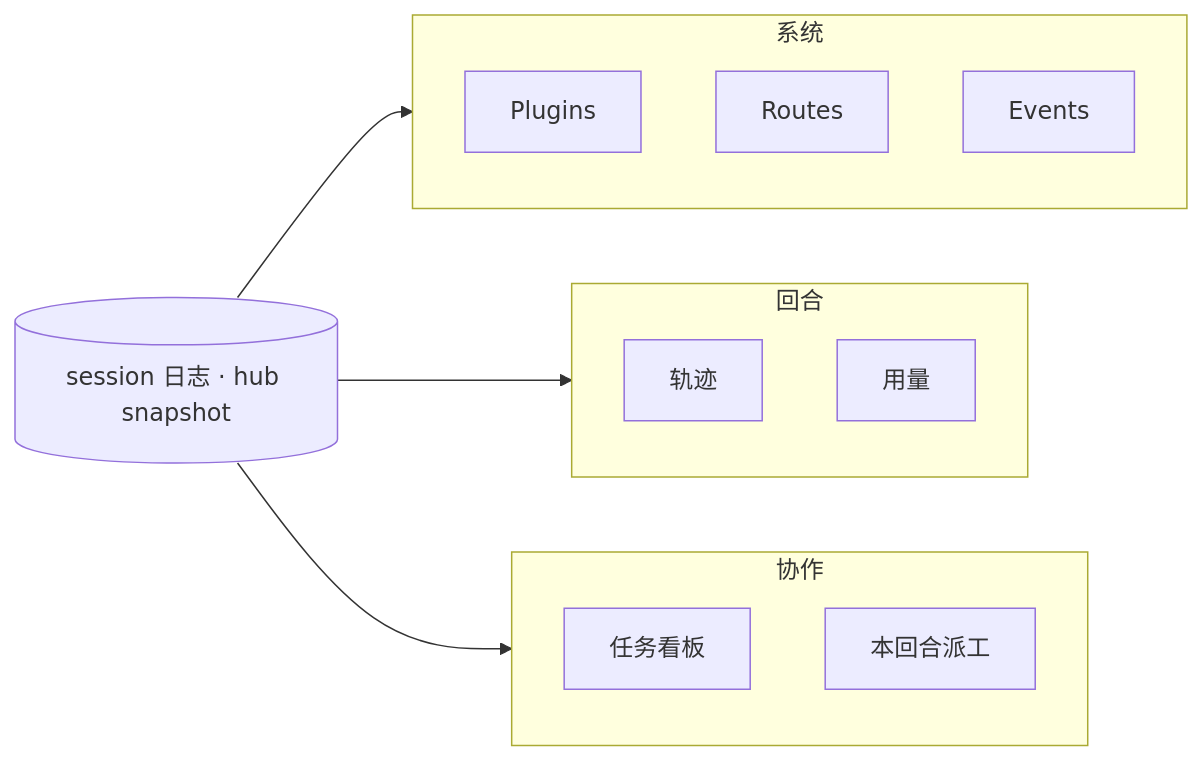
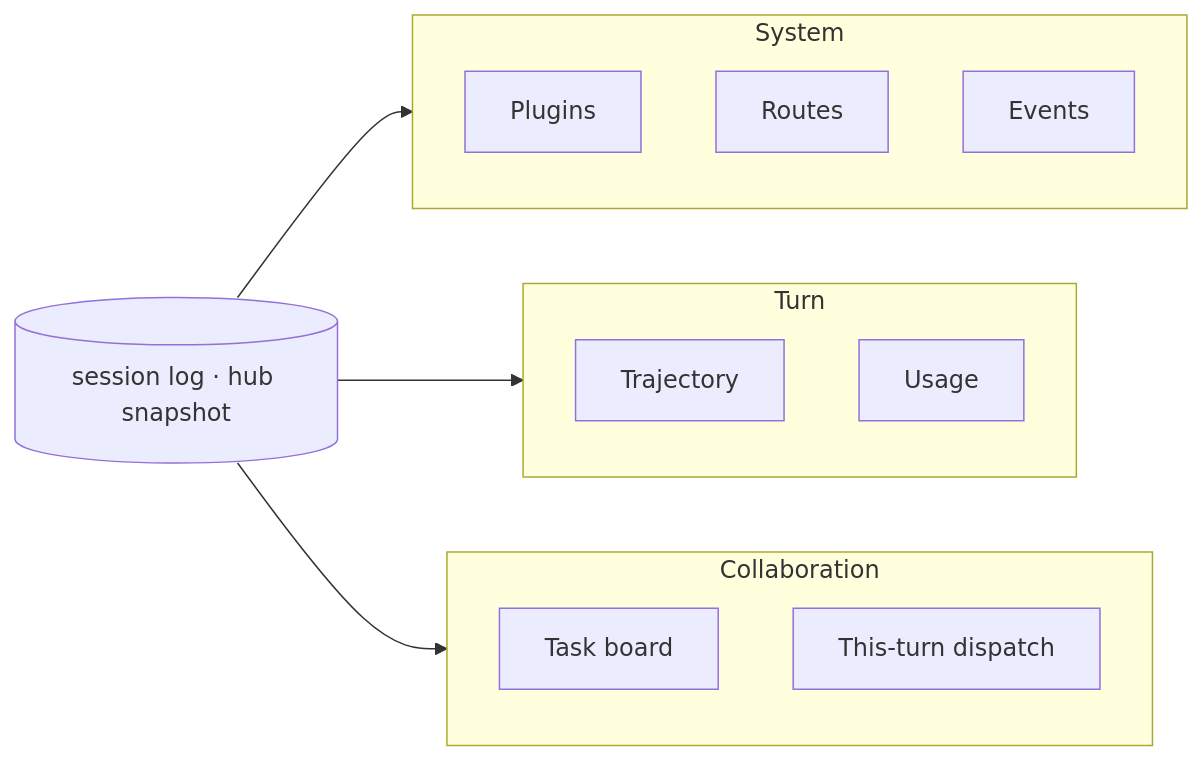
Before and after one commit to helloooooooooooooo97/biu-harness: the second of 3 diagrams in README.md, drawn with Mermaid. The commit also changed other lines of this file and 1 other file, not shown here.

````diff
--- a/README.md
+++ b/README.md
@@ -153,19 +144,19 @@
 ```mermaid
 flowchart LR
-  subgraph 系统
+  subgraph System
     P[Plugins]
     R[Routes]
     E[Events]
   end
-  subgraph 回合
-    T[轨迹]
-    U[用量]
+  subgraph Turn
+    T[Trajectory]
+    U[Usage]
   end
-  subgraph 协作
-    K[任务看板]
-    D[本回合派工]
+  subgraph Collaboration
+    K[Task board]
+    D[This-turn dispatch]
   end
-  Host[(session 日志 · hub snapshot)] --> 系统
-  Host --> 回合
-  Host --> 协作
+  Host[(session log · hub snapshot)] --> System
+  Host --> Turn
+  Host --> Collaboration
 ```
````
